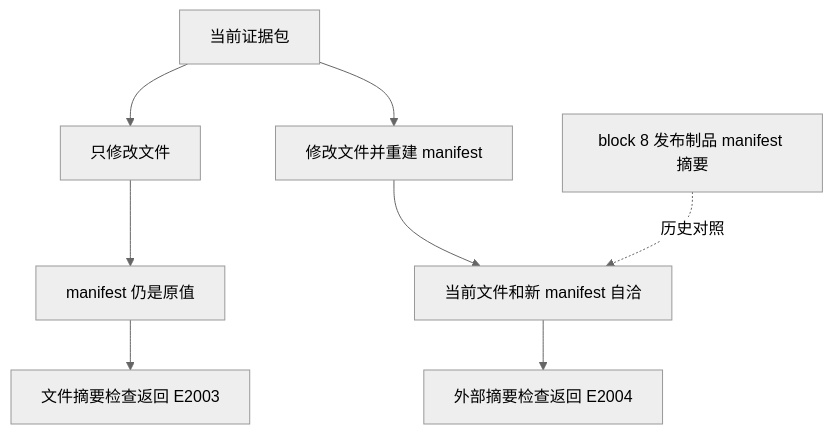
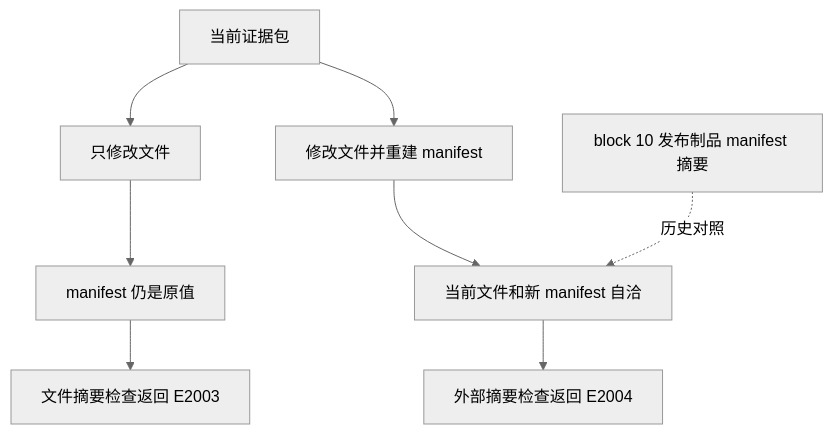
Before and after one commit to wenlittle/MoonEvidence: the fourth of 5 diagrams in docs/report/DEVELOPMENT_REPORT.md, drawn with Mermaid. The commit also changed other lines of this file and 15 other files, not shown here.

````diff
--- a/docs/report/DEVELOPMENT_REPORT.md
+++ b/docs/report/DEVELOPMENT_REPORT.md
@@ -264,13 +264,13 @@
 ```mermaid
 %%{init: {"theme": "neutral"}}%%
 flowchart TB
-    A["block 8 发布制品 manifest 摘要"]
+    A["block 10 发布制品 manifest 摘要"]
     B["当前证据包"]
     B --> C["只修改文件"]
     C --> D["manifest 仍是原值"]
     D --> E["文件摘要检查返回 E2003"]
     B --> F["修改文件并重建 manifest"]
     F --> G["当前文件和新 manifest 自洽"]
     A -.历史对照.-> G
     G --> H["外部摘要检查返回 E2004"]
 ```
````
